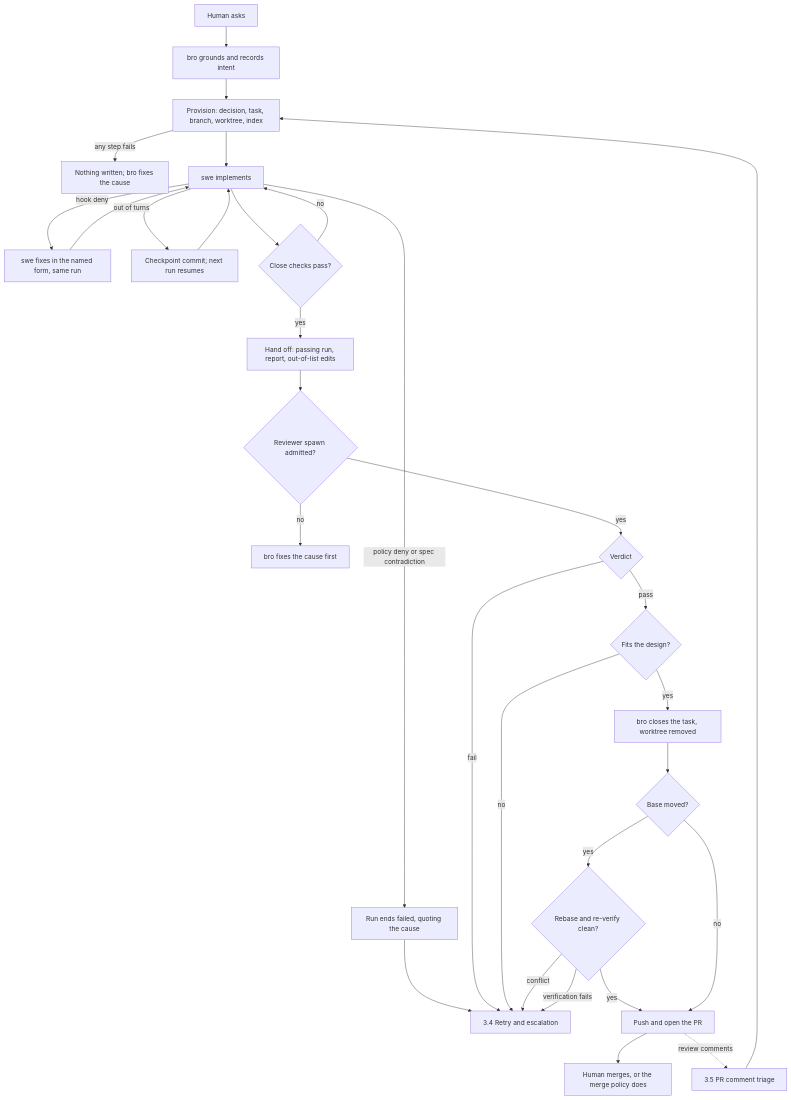
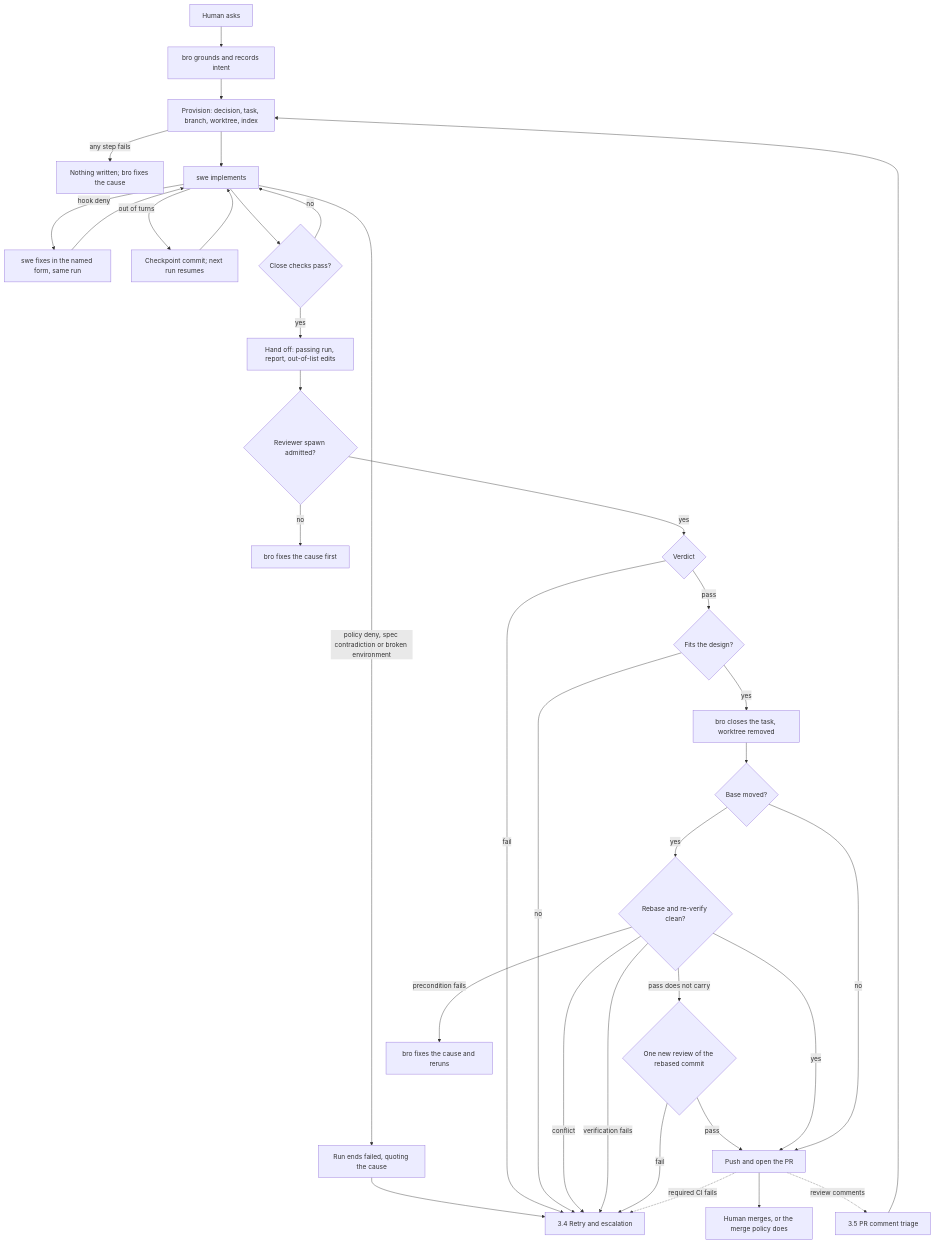
Before and after one commit to trustmybot/plugin: the diagram in docs/architecture/TASKS.md, drawn with Mermaid. The commit also changed other lines of this file and 1 other file, not shown here.

Commit message:
📝 docs(architecture): TASKS.md drift fixes, scope placeholder (GH 3139)

````diff
--- a/docs/architecture/TASKS.md
+++ b/docs/architecture/TASKS.md
@@ -5,32 +5,37 @@
 ```mermaid
 flowchart TD
     A[Human asks] --> B[bro grounds and records intent]
     B --> C[Provision: decision, task, branch, worktree, index]
     C -- any step fails --> X0[Nothing written; bro fixes the cause]
     C --> D[swe implements]
     D -- hook deny --> D1[swe fixes in the named form, same run]
     D1 --> D
     D -- out of turns --> D2[Checkpoint commit; next run resumes]
     D2 --> D
-    D -- policy deny or spec contradiction --> F0[Run ends failed, quoting the cause]
+    D -- policy deny, spec contradiction or broken environment --> F0[Run ends failed, quoting the cause]
     F0 --> R
     D --> E{Close checks pass?}
     E -- no --> D
     E -- yes --> H[Hand off: passing run, report, out-of-list edits]
     H --> G{Reviewer spawn admitted?}
     G -- no --> X1[bro fixes the cause first]
     G -- yes --> V{Verdict}
     V -- fail --> R[3.4 Retry and escalation]
     V -- pass --> K{Fits the design?}
     K -- no --> R
     K -- yes --> L[bro closes the task, worktree removed]
     L --> M{Base moved?}
     M -- yes --> N{Rebase and re-verify clean?}
     N -- conflict --> R
     N -- verification fails --> R
+    N -- pass does not carry --> N2{One new review of the rebased commit}
+    N2 -- fail --> R
+    N2 -- pass --> P
+    N -- precondition fails --> X2[bro fixes the cause and reruns]
     N -- yes --> P
     M -- no --> P[Push and open the PR]
     P --> Q[Human merges, or the merge policy does]
+    P -. required CI fails .-> R
     P -. review comments .-> T[3.5 PR comment triage]
     T --> C
 ```
````
